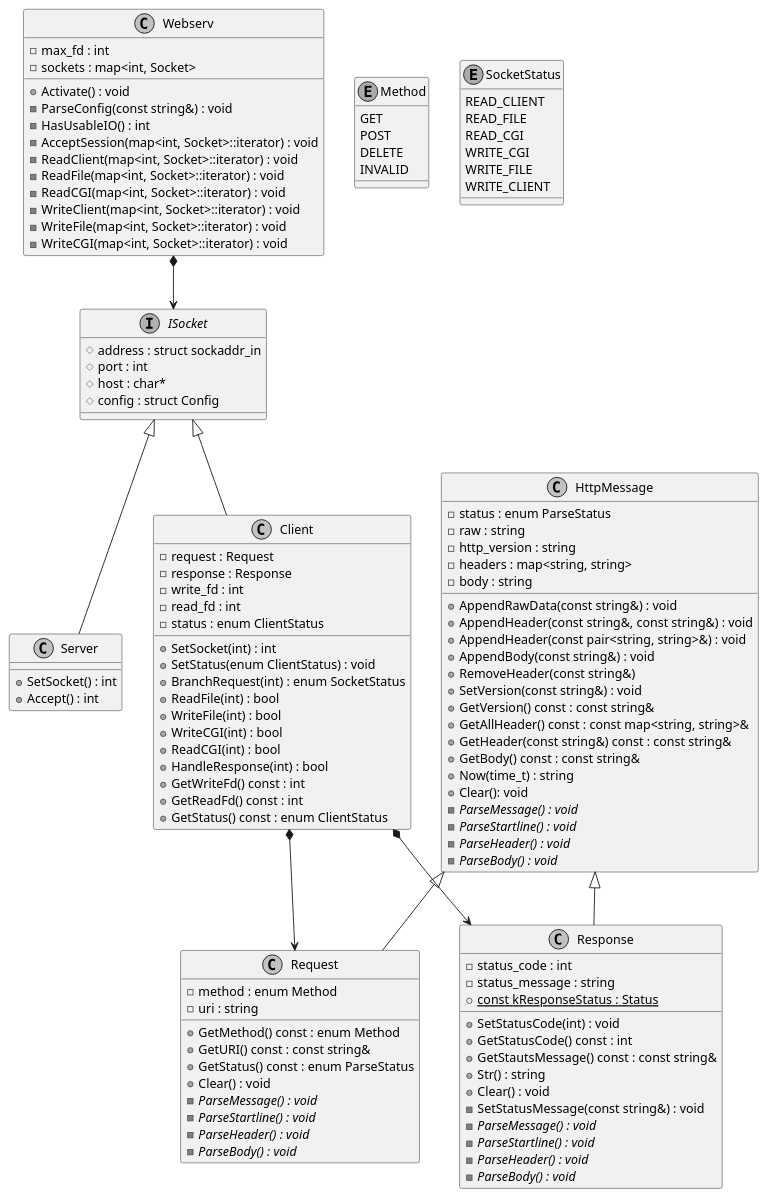
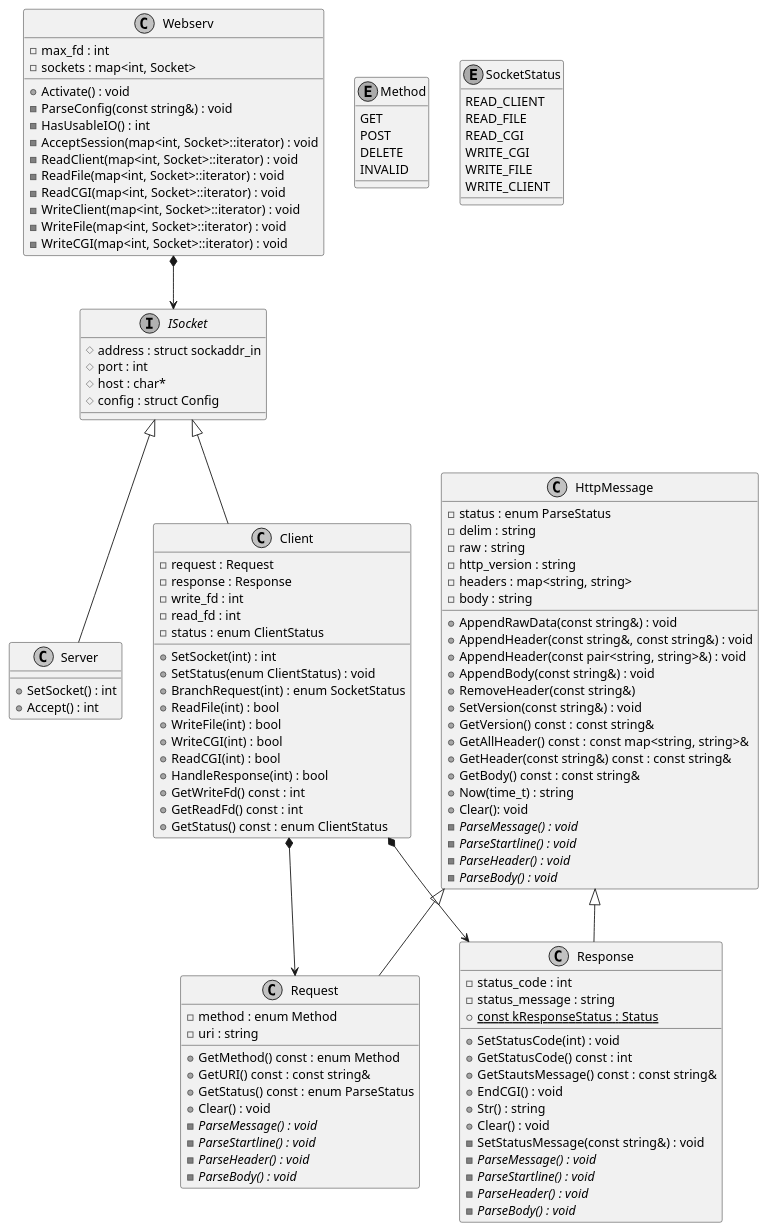
Before and after one commit to tkomatsu/webserv: the diagram in docs/webserv.pu, drawn with PlantUML. The commit also changed 4 other files, not shown here.

```diff
--- a/docs/webserv.pu
+++ b/docs/webserv.pu
@@ -1,129 +1,131 @@
 @startuml webserv
 
 skinparam monochrome true
 skinparam shadowing false
 
 class Webserv {
   - max_fd : int
   - sockets : map<int, Socket>
   + Activate() : void
   - ParseConfig(const string&) : void
   - HasUsableIO() : int
   - AcceptSession(map<int, Socket>::iterator) : void
   - ReadClient(map<int, Socket>::iterator) : void
   - ReadFile(map<int, Socket>::iterator) : void
   - ReadCGI(map<int, Socket>::iterator) : void
   - WriteClient(map<int, Socket>::iterator) : void
   - WriteFile(map<int, Socket>::iterator) : void
   - WriteCGI(map<int, Socket>::iterator) : void
 }
 
 interface ISocket {
   # address : struct sockaddr_in
   # port : int
   # host : char*
   # config : struct Config
 }
 
 class Server {
   + SetSocket() : int
   + Accept() : int
 }
 
 class Client {
   - request : Request
   - response : Response
   - write_fd : int
   - read_fd : int
   - status : enum ClientStatus
   + SetSocket(int) : int
   + SetStatus(enum ClientStatus) : void
   + BranchRequest(int) : enum SocketStatus
   + ReadFile(int) : bool
   + WriteFile(int) : bool
   + WriteCGI(int) : bool
   + ReadCGI(int) : bool
   + HandleResponse(int) : bool
   + GetWriteFd() const : int
   + GetReadFd() const : int
   + GetStatus() const : enum ClientStatus
 }
 
 class HttpMessage {
   - status : enum ParseStatus
+  - delim : string
   - raw : string
   - http_version : string
   - headers : map<string, string>
   - body : string
   + AppendRawData(const string&) : void
   + AppendHeader(const string&, const string&) : void
   + AppendHeader(const pair<string, string>&) : void
   + AppendBody(const string&) : void
   + RemoveHeader(const string&)
   + SetVersion(const string&) : void
   + GetVersion() const : const string&
   + GetAllHeader() const : const map<string, string>&
   + GetHeader(const string&) const : const string&
   + GetBody() const : const string&
   + Now(time_t) : string
   + Clear(): void
   - {abstract} ParseMessage() : void
   - {abstract} ParseStartline() : void
   - {abstract} ParseHeader() : void
   - {abstract} ParseBody() : void
 }
 
 class Request {
   - method : enum Method
   - uri : string
   + GetMethod() const : enum Method
   + GetURI() const : const string&
   + GetStatus() const : enum ParseStatus
   + Clear() : void
   - {abstract} ParseMessage() : void
   - {abstract} ParseStartline() : void
   - {abstract} ParseHeader() : void
   - {abstract} ParseBody() : void
 }
 
 class Response {
   - status_code : int
   - status_message : string
   + {static} const kResponseStatus : Status
   + SetStatusCode(int) : void
   + GetStatusCode() const : int
   + GetStautsMessage() const : const string&
+  + EndCGI() : void
   + Str() : string
   + Clear() : void
   - SetStatusMessage(const string&) : void
   - {abstract} ParseMessage() : void
   - {abstract} ParseStartline() : void
   - {abstract} ParseHeader() : void
   - {abstract} ParseBody() : void
 }
 
 enum Method {
   GET
   POST
   DELETE
   INVALID
 }
 
 enum SocketStatus {
   READ_CLIENT
   READ_FILE
   READ_CGI
   WRITE_CGI
   WRITE_FILE
   WRITE_CLIENT
 }
 
 Webserv *--> ISocket
 ISocket <|-- Client
 ISocket <|-- Server
 Client *--> Request
 Client *--> Response
 HttpMessage <|-- Request
 HttpMessage <|-- Response
 
 @enduml
```
